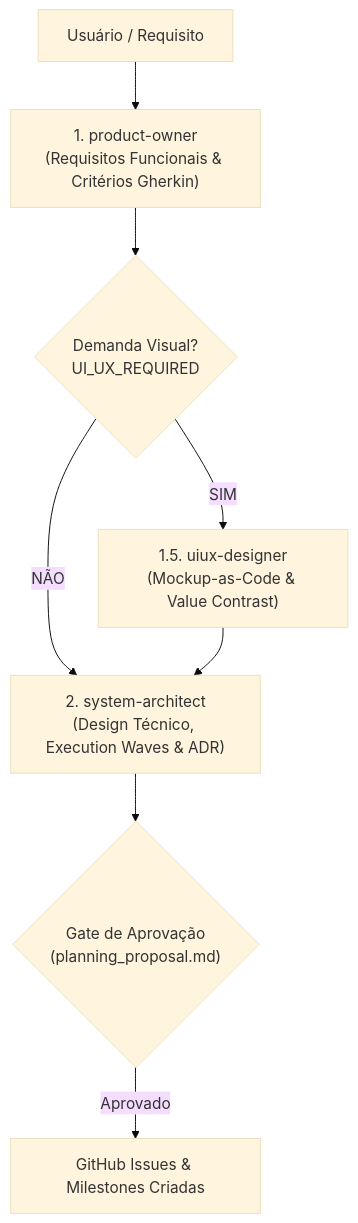
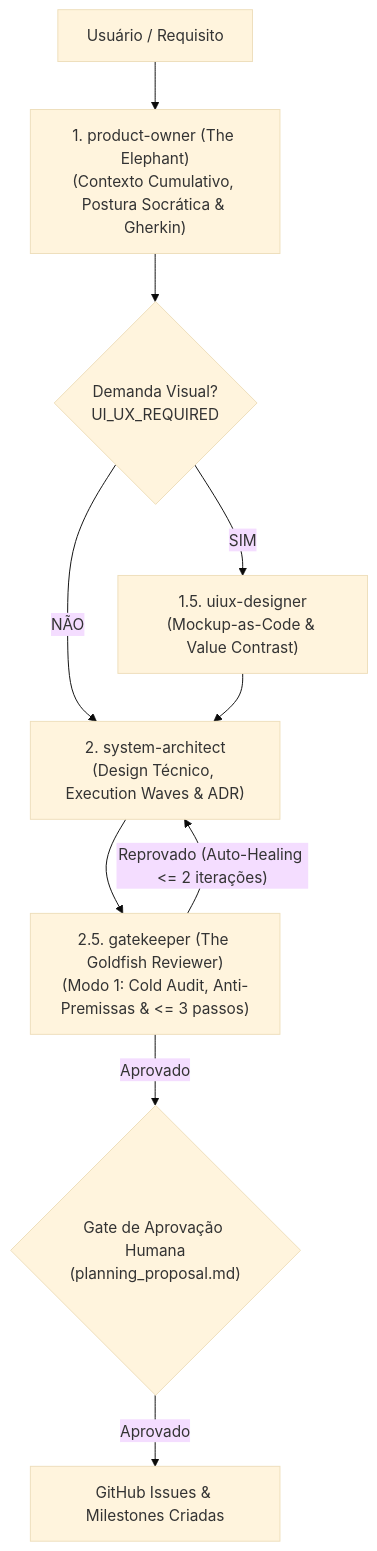
One commit to VitorJacom/my-agents changed the first of 2 diagrams in docs/Subagents.md. Above: the diagram before and after it, drawn with Mermaid (base theme). The commit also changed other lines of this file and 6 other files, not shown here.

Commit message:
feat(pipeline): integrate elephant-goldfish model into plan-feature and gatekeeper

````diff
--- a/docs/Subagents.md
+++ b/docs/Subagents.md
@@ -165,10 +174,12 @@
 ```mermaid
 flowchart TD
-    User["Usuário / Requisito"] --> PO["1. product-owner<br/>(Requisitos Funcionais & Critérios Gherkin)"]
+    User["Usuário / Requisito"] --> PO["1. product-owner (The Elephant)<br/>(Contexto Cumulativo, Postura Socrática & Gherkin)"]
     PO --> VisualCheck{"Demanda Visual?<br/>UI_UX_REQUIRED"}
     VisualCheck -- SIM --> UIUX["1.5. uiux-designer<br/>(Mockup-as-Code & Value Contrast)"]
     VisualCheck -- NÃO --> Arch
     UIUX --> Arch["2. system-architect<br/>(Design Técnico, Execution Waves & ADR)"]
-    Arch --> Approval{"Gate de Aprovação<br/>(planning_proposal.md)"}
+    Arch --> Goldfish["2.5. gatekeeper (The Goldfish Reviewer)<br/>(Modo 1: Cold Audit, Anti-Premissas & <= 3 passos)"]
+    Goldfish -- "Reprovado (Auto-Healing <= 2 iterações)" --> Arch
+    Goldfish -- "Aprovado" --> Approval{"Gate de Aprovação Humana<br/>(planning_proposal.md)"}
     Approval -- Aprovado --> GH["GitHub Issues & Milestones Criadas"]
 ```
````
